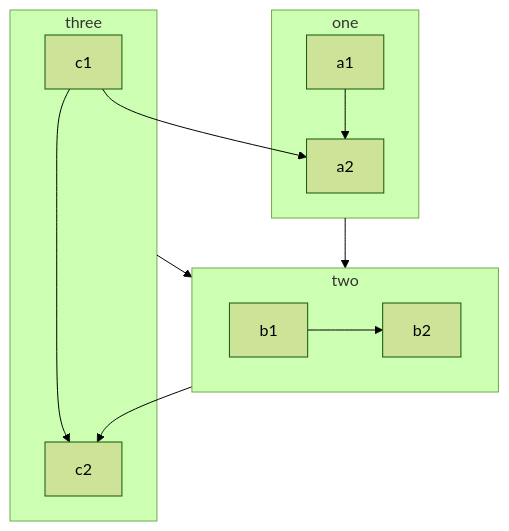
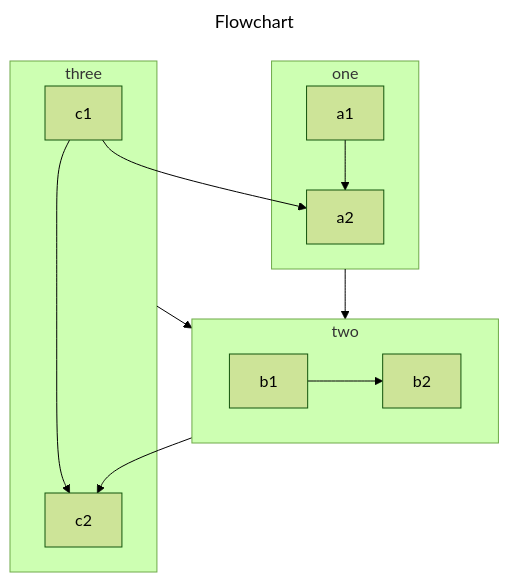
One commit to vuepress-theme-hope/vuepress-theme-hope changed the first of 2 diagrams in docs/theme/src/ru/guide/markdown/mermaid.md. Above: the diagram before and after it, drawn with Mermaid (forest theme). The commit also changed other lines of this file and 30 other files, not shown here.

Commit message:
chore: update mermaid

````diff
--- a/docs/theme/src/ru/guide/markdown/mermaid.md
+++ b/docs/theme/src/ru/guide/markdown/mermaid.md
@@ -74,16 +74,19 @@
 ```mermaid
+---
+title: Flowchart
+---
 flowchart TB
     c1-->a2
     subgraph one
     a1-->a2
     end
     subgraph two
     b1-->b2
     end
     subgraph three
     c1-->c2
     end
     one --> two
     three --> two
     two --> c2
 ```
````
